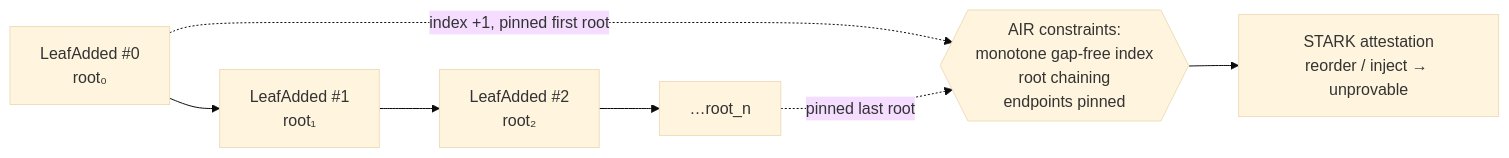
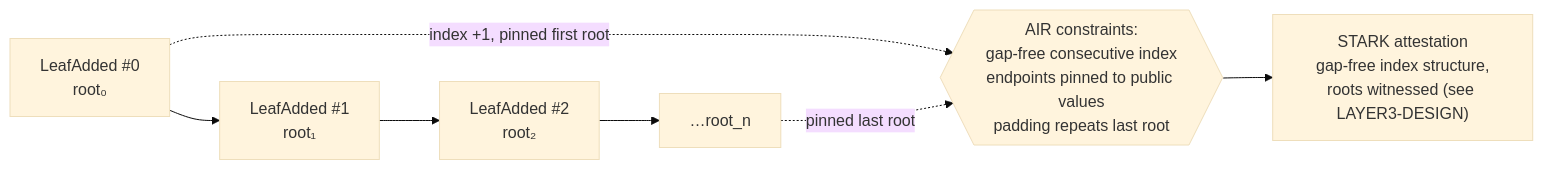
The fourth of 4 diagrams in README.md (Galmanus/spp-compliance-layer), drawn with Mermaid (base theme) before and after one commit. The commit also changed other lines of this file and 9 other files, not shown here.

````diff
--- a/README.md
+++ b/README.md
@@ -285,8 +285,8 @@
 ```mermaid
 flowchart LR
     e0["LeafAdded #0<br/>root₀"] --> e1["LeafAdded #1<br/>root₁"] --> e2["LeafAdded #2<br/>root₂"] --> en["…root_n"]
     e0 -.->|"index +1, pinned first root"| air
     en -.->|"pinned last root"| air
-    air{{"AIR constraints:<br/>monotone gap-free index<br/>root chaining<br/>endpoints pinned"}}
-    air --> proof["STARK attestation<br/>reorder / inject → unprovable"]
+    air{{"AIR constraints:<br/>gap-free consecutive index<br/>endpoints pinned to public values<br/>padding repeats last root"}}
+    air --> proof["STARK attestation<br/>gap-free index structure,<br/>roots witnessed (see LAYER3-DESIGN)"]
 ```
````
